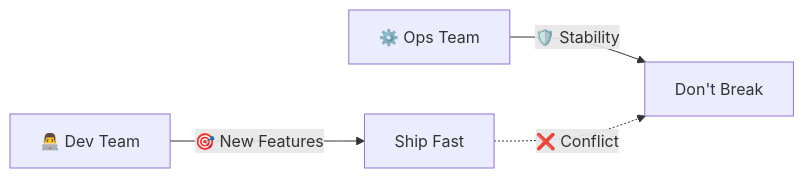
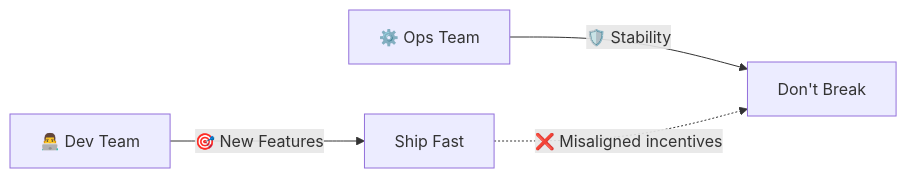
Before and after one commit to inno-devops-labs/DevOps-Core-Course: the second of 14 diagrams in lectures/lec1.md, drawn with Mermaid. The commit also changed other lines of this file and 24 other files, not shown here.

````diff
--- a/lectures/lec1.md
+++ b/lectures/lec1.md
@@ -81,6 +77,6 @@
 ```mermaid
 flowchart LR
   Dev[👨‍💻 Dev Team] -->|🎯 New Features| Goal1[Ship Fast]
   Ops[⚙️ Ops Team] -->|🛡️ Stability| Goal2[Don't Break]
-  Goal1 -.->|❌ Conflict| Goal2
+  Goal1 -.->|❌ Misaligned incentives| Goal2
 ```
````
